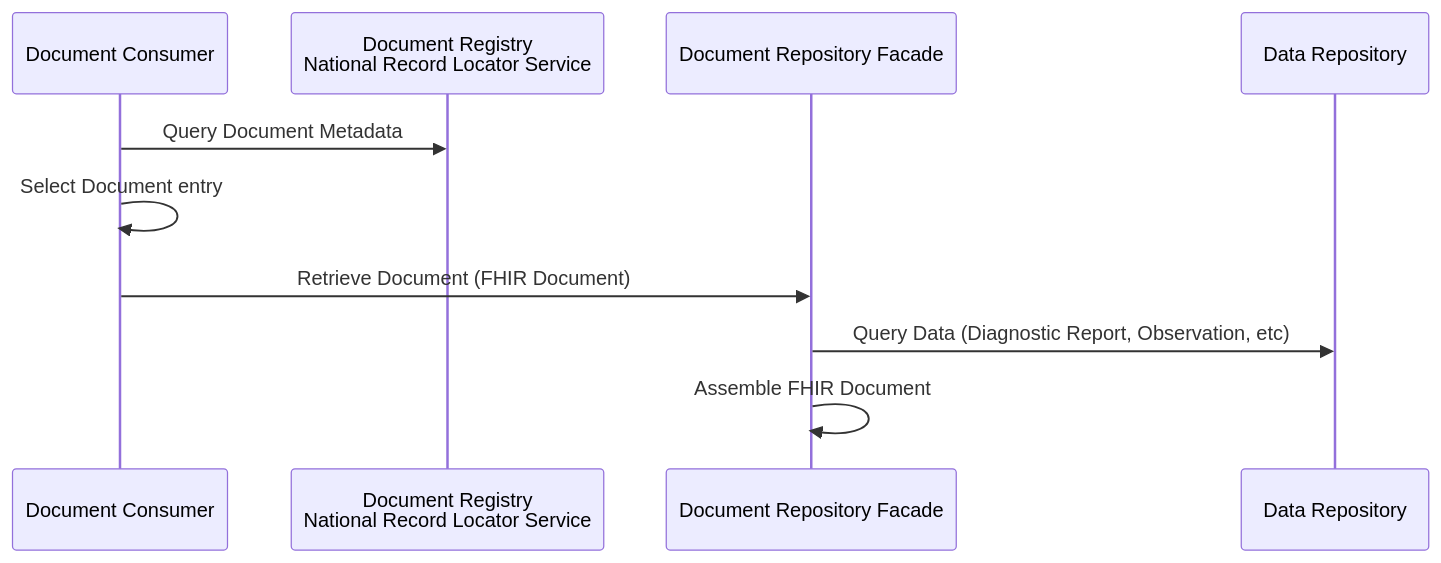
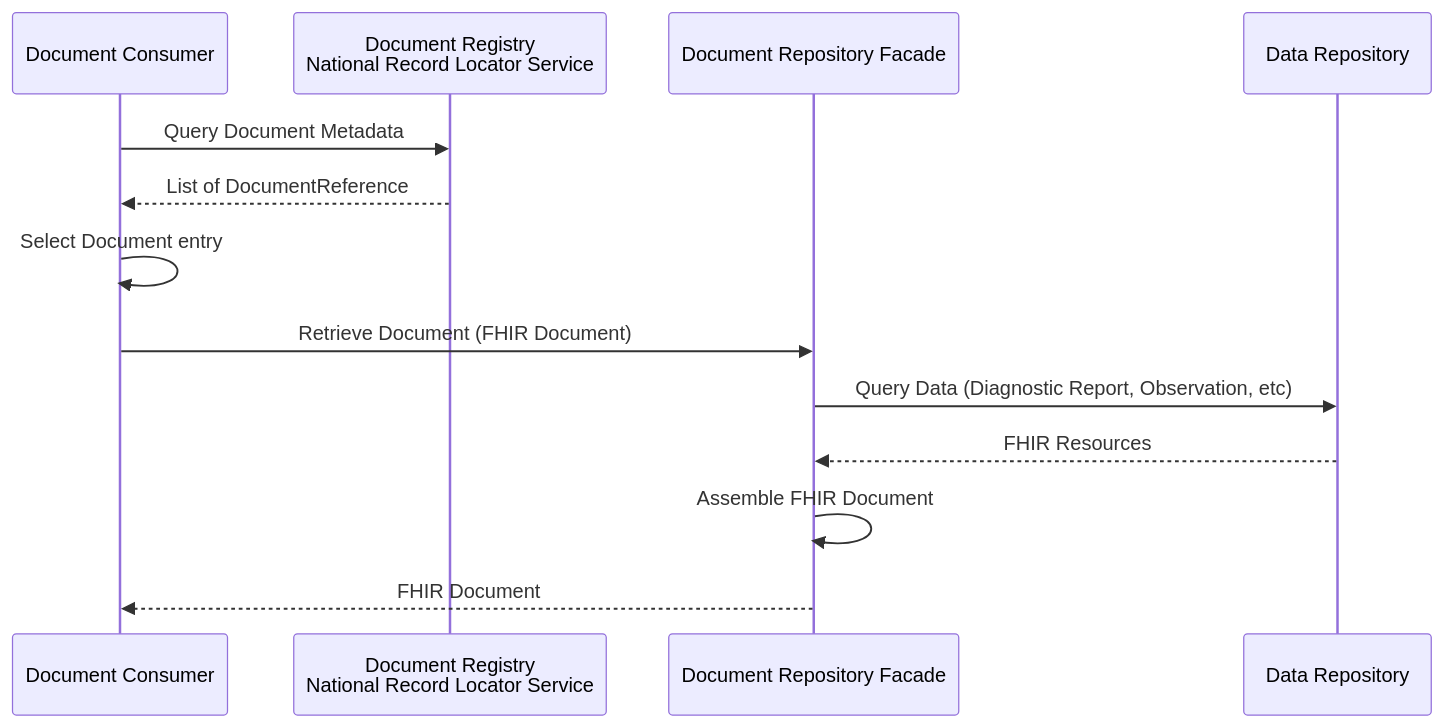
The fifth of 6 diagrams in input/pagecontent/report-options.md (uk-gov-mirror/nw-gmsa.nw-gmsa.github.com), drawn with Mermaid before and after one commit. The commit also changed other lines of this file, not shown here.

````diff
--- a/input/pagecontent/report-options.md
+++ b/input/pagecontent/report-options.md
@@ -70,13 +77,16 @@
 ```mermaid
 sequenceDiagram
     participant Consumer As Document Consumer
     participant Registry As Document Registry<br/>National Record Locator Service
     participant RepositoryFacade As Document Repository Facade
     participant Repository As Data Repository
 
     Consumer ->> Registry: Query Document Metadata
+    Registry -->> Consumer: List of DocumentReference
     Consumer ->> Consumer: Select Document entry
     Consumer ->> RepositoryFacade: Retrieve Document (FHIR Document)
     RepositoryFacade ->> Repository: Query Data (Diagnostic Report, Observation, etc)
+    Repository -->> RepositoryFacade:FHIR Resources
     RepositoryFacade ->> RepositoryFacade: Assemble FHIR Document
+    RepositoryFacade -->> Consumer: FHIR Document
 ```
````
